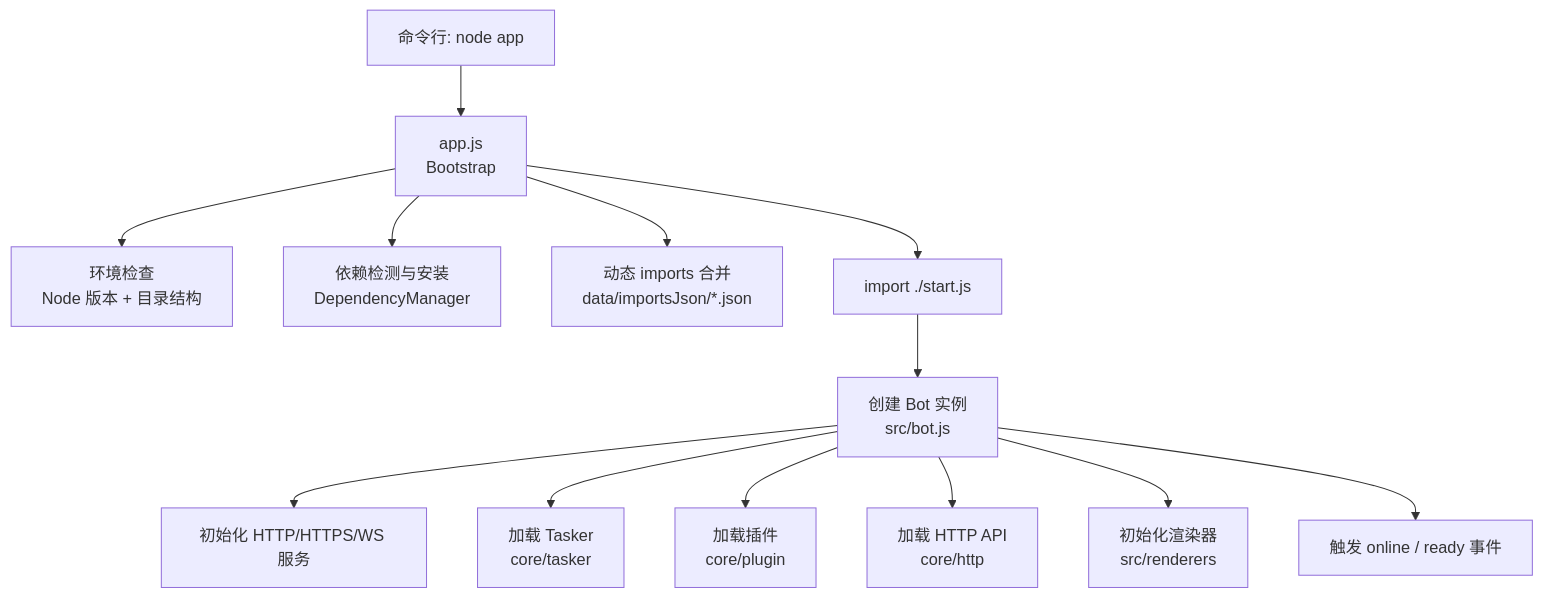
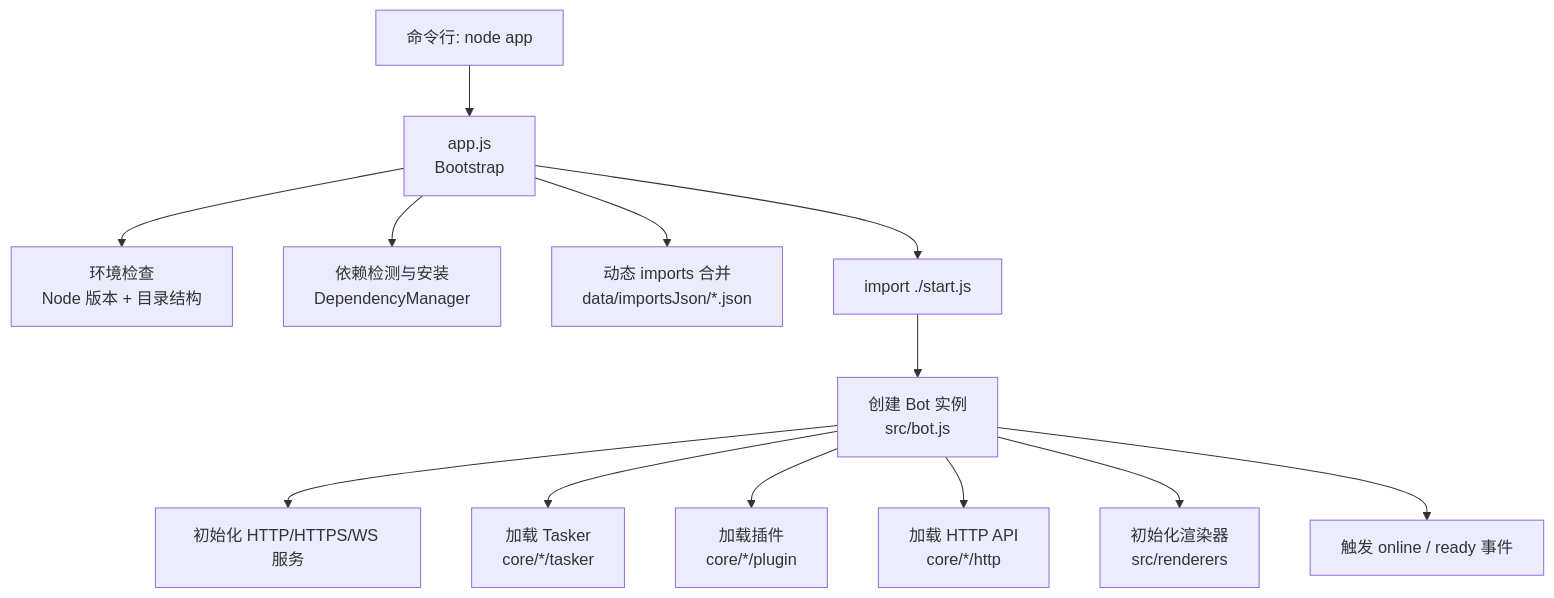
The first of 9 diagrams in docs/app-dev.md (sunflowermm/XRK-AGT), drawn with Mermaid before and after one commit. The commit also changed other lines of this file and 116 other files, not shown here.

````diff
--- a/docs/app-dev.md
+++ b/docs/app-dev.md
@@ -16,15 +16,15 @@
 ```mermaid
 flowchart TD
   Entry["命令行: node app"] --> Bootstrap["app.js<br/>Bootstrap"]
   Bootstrap --> EnvCheck["环境检查<br/>Node 版本 + 目录结构"]
   Bootstrap --> Deps["依赖检测与安装<br/>DependencyManager"]
   Bootstrap --> Imports["动态 imports 合并<br/>data/importsJson/*.json"]
   Bootstrap --> Start["import ./start.js"]
   Start --> Bot["创建 Bot 实例<br/>src/bot.js"]
   Bot --> Http["初始化 HTTP/HTTPS/WS 服务"]
-  Bot --> Taskers["加载 Tasker<br/>core/tasker"]
-  Bot --> Plugins["加载插件<br/>core/plugin"]
-  Bot --> ApiLoader["加载 HTTP API<br/>core/http"]
+  Bot --> Taskers["加载 Tasker<br/>core/*/tasker"]
+  Bot --> Plugins["加载插件<br/>core/*/plugin"]
+  Bot --> ApiLoader["加载 HTTP API<br/>core/*/http"]
   Bot --> Renderers["初始化渲染器<br/>src/renderers"]
   Bot --> Online["触发 online / ready 事件"]
 ```
````
